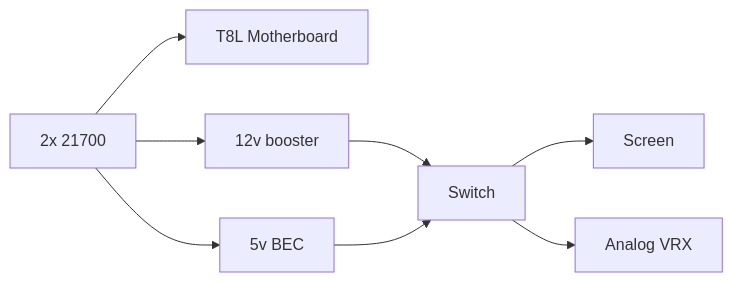
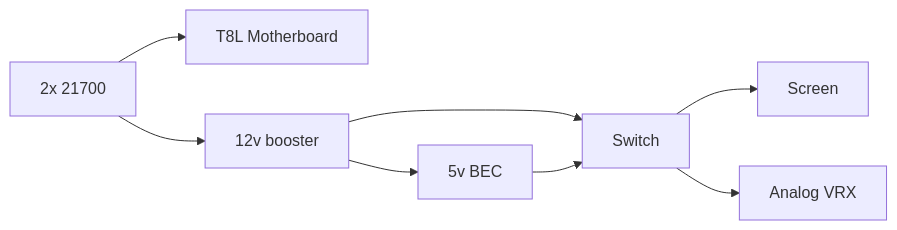
Before and after one commit to wawannbe/T8L-Analog-Mod: the second of 2 diagrams in README.md, drawn with Mermaid. The commit also changed other lines of this file and 2 other files, not shown here.

Commit message:
added detailed wiring diagram

````diff
--- a/README.md
+++ b/README.md
@@ -29,16 +30,16 @@
 ```mermaid
 graph LR
 A[2x 21700]
 B[T8L Motherboard]
 D[Screen]
 E[Analog VRX]
 F[5v BEC]
 G[12v booster]
 H[Switch]
 
 A --> B
-A --> F
+G --> F
 A --> G
 G --> H --> D
 F --> H --> E
 ```
````
